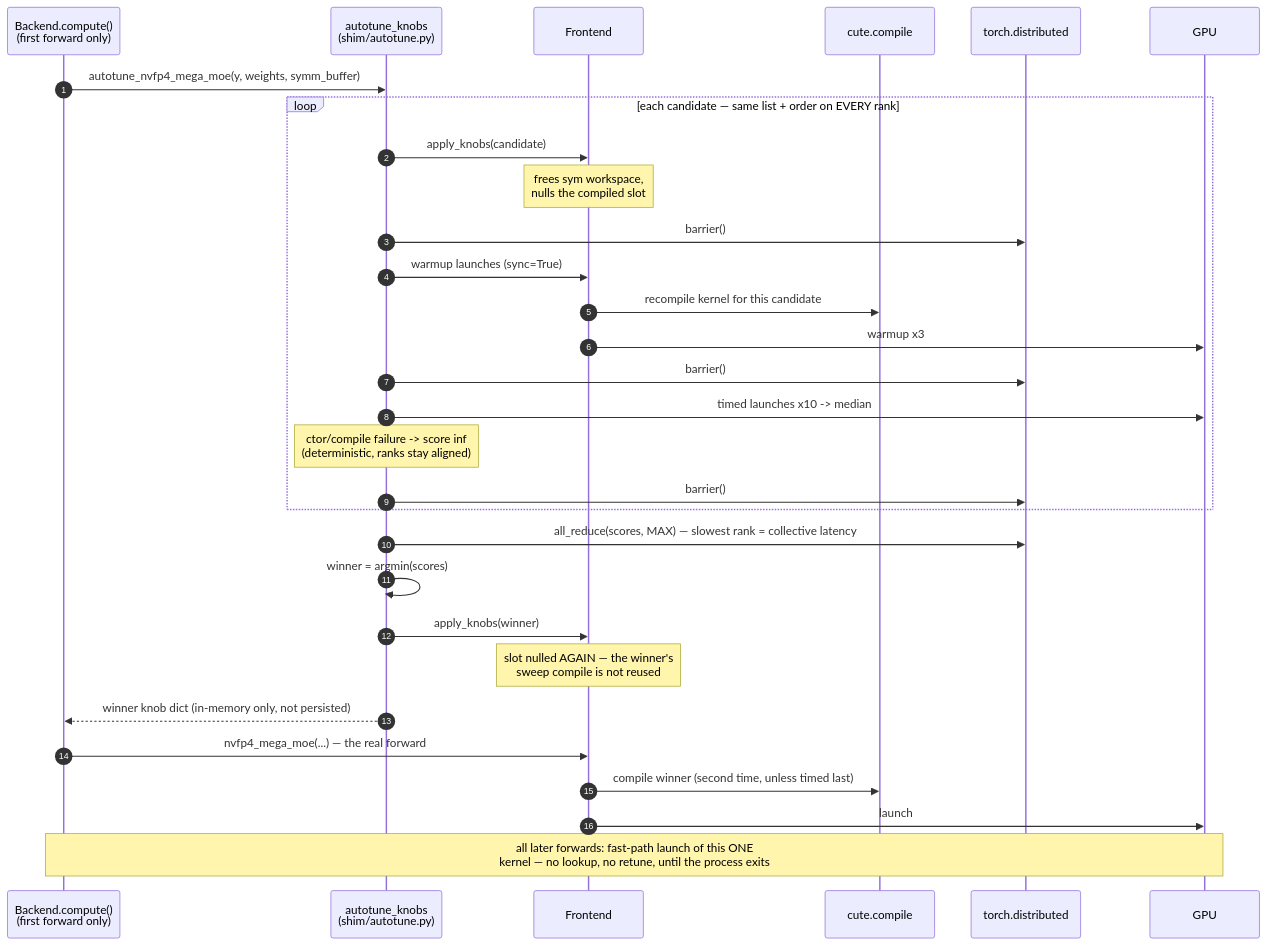
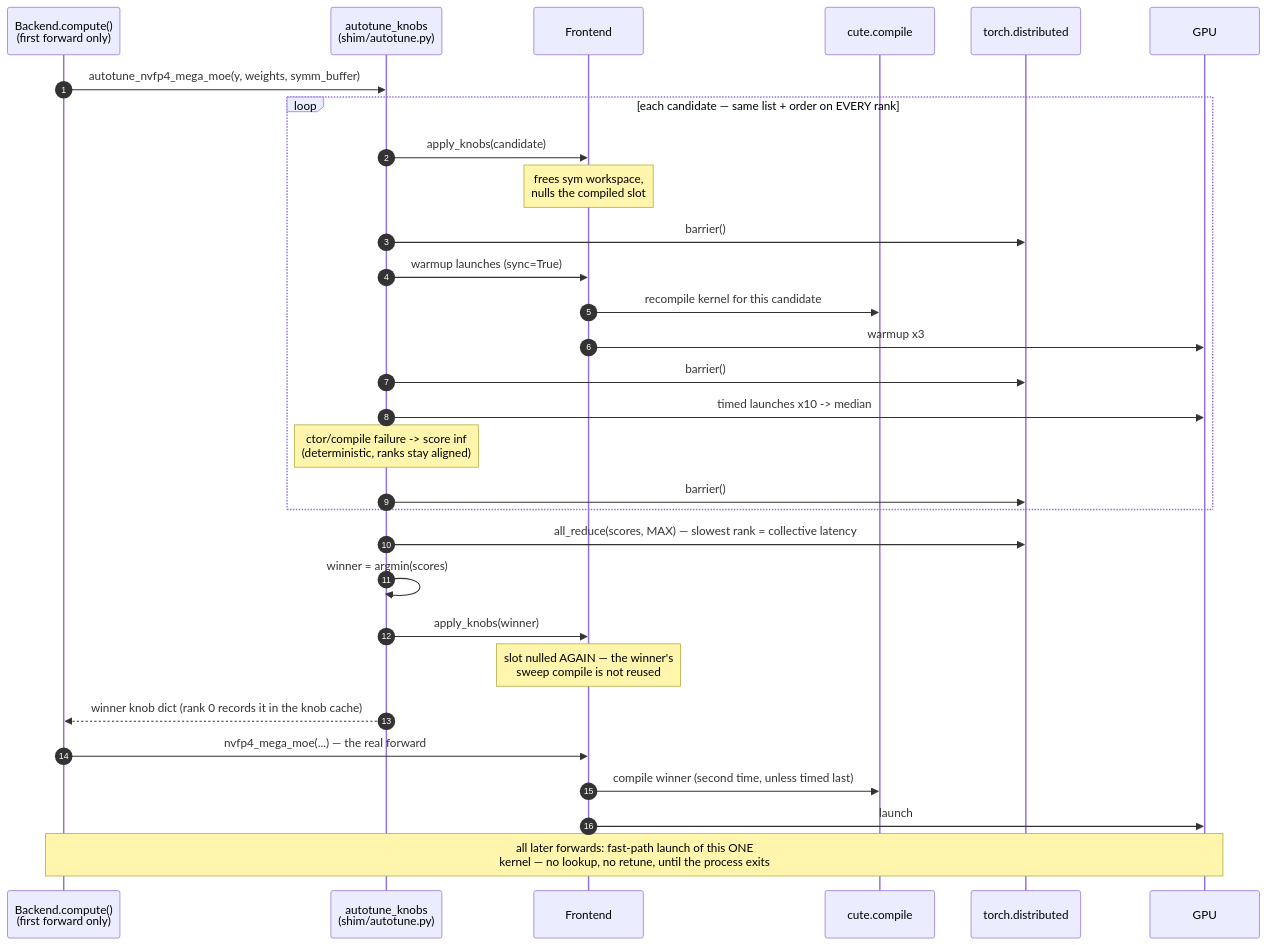
Before and after one commit to avesed/vllm-ampere-optimized: the second of 2 diagrams in flashinfer/flashinfer/moe_ep/kernel_src/cutedsl_megamoe/TUNING.md, drawn with Mermaid. The commit also changed other lines of this file and 3075 other files, not shown here.

````diff
--- a/flashinfer/flashinfer/moe_ep/kernel_src/cutedsl_megamoe/TUNING.md
+++ b/flashinfer/flashinfer/moe_ep/kernel_src/cutedsl_megamoe/TUNING.md
@@ -231,33 +430,33 @@
 ```mermaid
 sequenceDiagram
     autonumber
     participant B as Backend.compute()<br/>(first forward only)
     participant A as autotune_knobs<br/>(shim/autotune.py)
     participant F as Frontend
     participant C as cute.compile
     participant D as torch.distributed
     participant G as GPU
 
     B->>A: autotune_nvfp4_mega_moe(y, weights, symm_buffer)
     loop each candidate — same list + order on EVERY rank
         A->>F: apply_knobs(candidate)
         Note over F: frees sym workspace,<br/>nulls the compiled slot
         A->>D: barrier()
         A->>F: warmup launches (sync=True)
         F->>C: recompile kernel for this candidate
         F->>G: warmup x3
         A->>D: barrier()
         A->>G: timed launches x10 -> median
         Note over A: ctor/compile failure -> score inf<br/>(deterministic, ranks stay aligned)
         A->>D: barrier()
     end
     A->>D: all_reduce(scores, MAX) — slowest rank = collective latency
     A->>A: winner = argmin(scores)
     A->>F: apply_knobs(winner)
     Note over F: slot nulled AGAIN — the winner's<br/>sweep compile is not reused
-    A-->>B: winner knob dict (in-memory only, not persisted)
+    A-->>B: winner knob dict (rank 0 records it in the knob cache)
     B->>F: nvfp4_mega_moe(...) — the real forward
     F->>C: compile winner (second time, unless timed last)
     F->>G: launch
     Note over B,G: all later forwards: fast-path launch of this ONE<br/>kernel — no lookup, no retune, until the process exits
 ```
````
